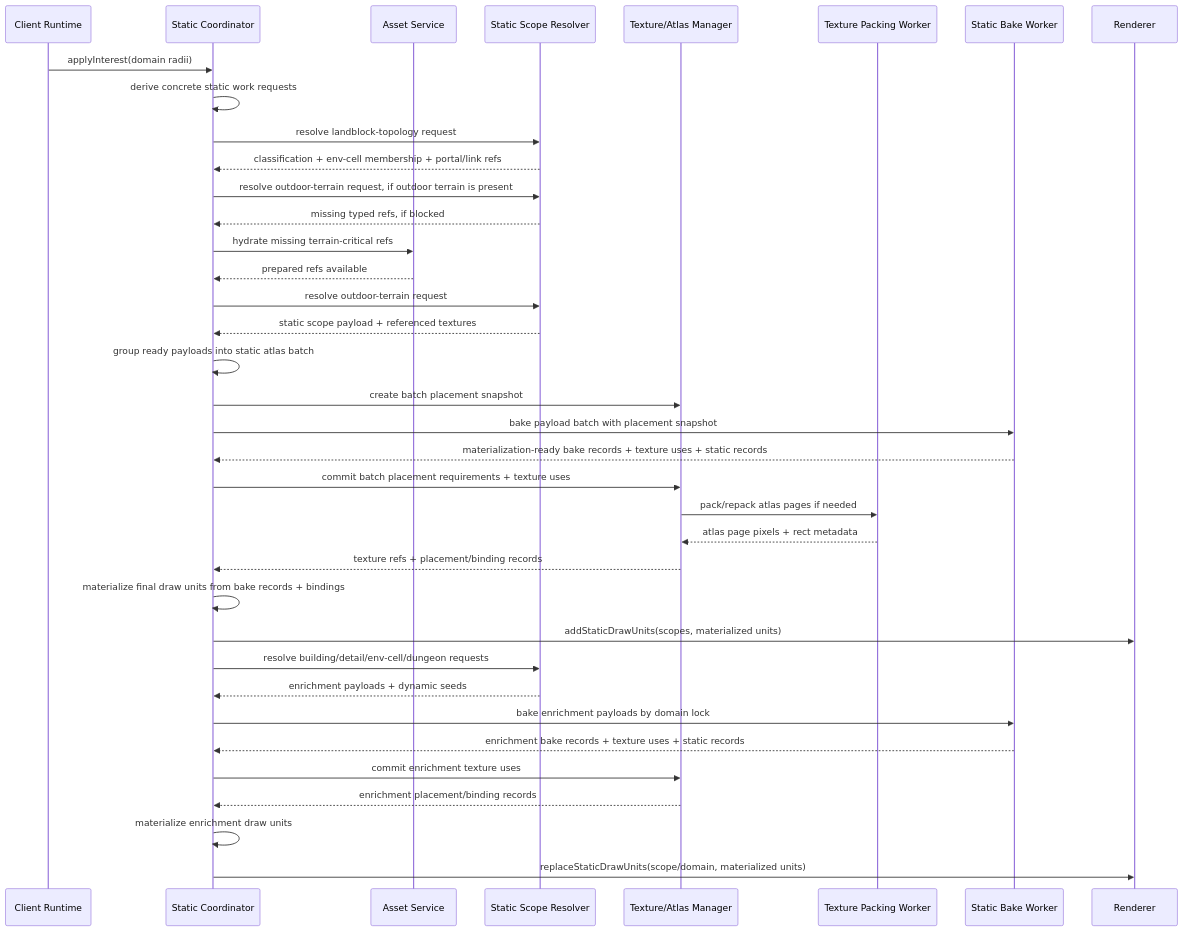
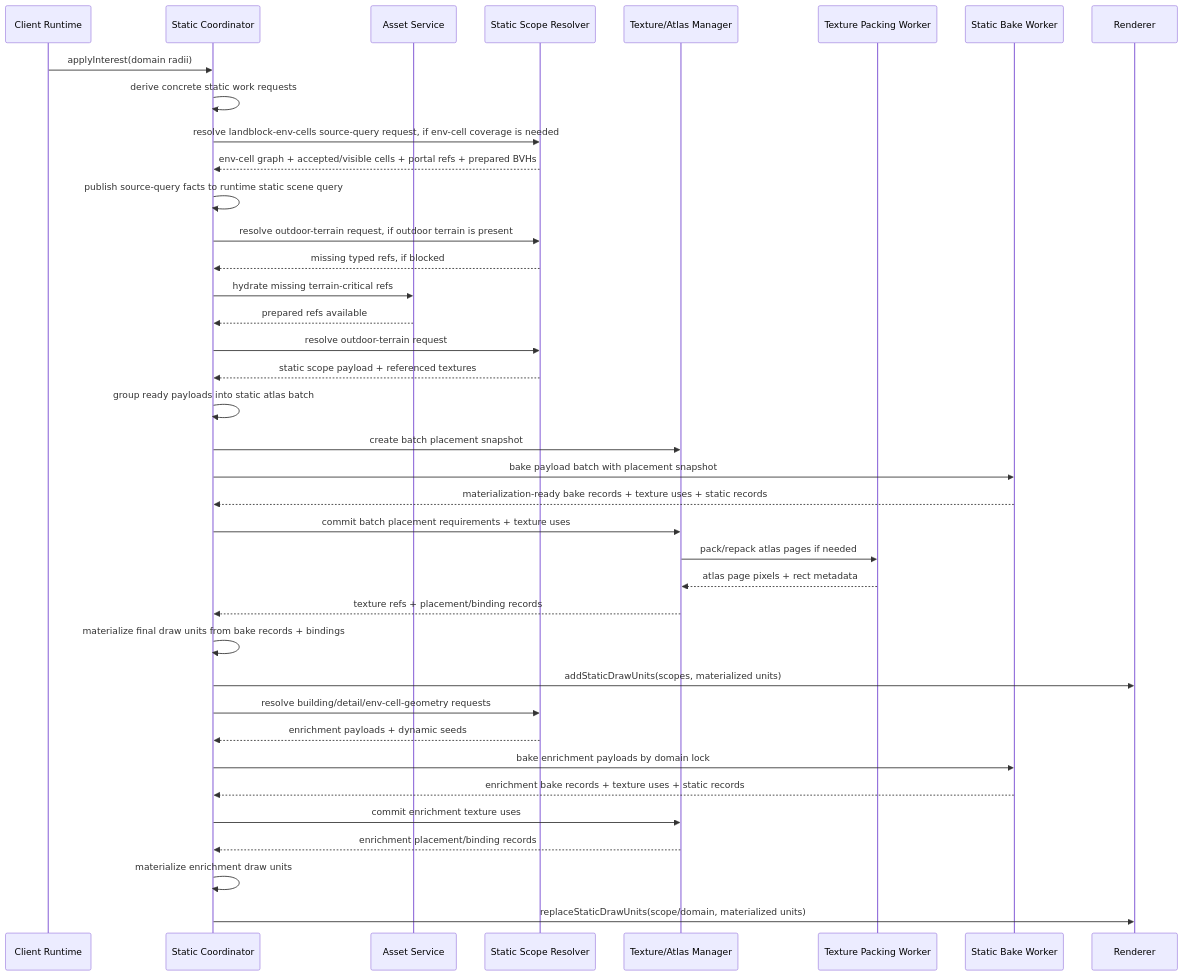
Before and after one commit to merklejerk/holtburger: the ninth of 22 diagrams in docs/plans/holtburger-3d-frontend-v2-design.md, drawn with Mermaid. The commit also changed other lines of this file and 12 other files, not shown here.

````diff
--- a/docs/plans/holtburger-3d-frontend-v2-design.md
+++ b/docs/plans/holtburger-3d-frontend-v2-design.md
@@ -742,40 +742,41 @@
 ```mermaid
 sequenceDiagram
   participant Runtime as Client Runtime
   participant Static as Static Coordinator
   participant Assets as Asset Service
   participant Resolver as Static Scope Resolver
   participant Textures as Texture/Atlas Manager
   participant Packer as Texture Packing Worker
   participant Baker as Static Bake Worker
   participant Renderer as Renderer
 
   Runtime->>Static: applyInterest(domain radii)
   Static->>Static: derive concrete static work requests
-  Static->>Resolver: resolve landblock-topology request
-  Resolver-->>Static: classification + env-cell membership + portal/link refs
+  Static->>Resolver: resolve landblock-env-cells source-query request, if env-cell coverage is needed
+  Resolver-->>Static: env-cell graph + accepted/visible cells + portal refs + prepared BVHs
+  Static->>Static: publish source-query facts to runtime static scene query
   Static->>Resolver: resolve outdoor-terrain request, if outdoor terrain is present
   Resolver-->>Static: missing typed refs, if blocked
   Static->>Assets: hydrate missing terrain-critical refs
   Assets-->>Static: prepared refs available
   Static->>Resolver: resolve outdoor-terrain request
   Resolver-->>Static: static scope payload + referenced textures
   Static->>Static: group ready payloads into static atlas batch
   Static->>Textures: create batch placement snapshot
   Static->>Baker: bake payload batch with placement snapshot
   Baker-->>Static: materialization-ready bake records + texture uses + static records
   Static->>Textures: commit batch placement requirements + texture uses
   Textures->>Packer: pack/repack atlas pages if needed
   Packer-->>Textures: atlas page pixels + rect metadata
   Textures-->>Static: texture refs + placement/binding records
   Static->>Static: materialize final draw units from bake records + bindings
   Static->>Renderer: addStaticDrawUnits(scopes, materialized units)
-  Static->>Resolver: resolve building/detail/env-cell/dungeon requests
+  Static->>Resolver: resolve building/detail/env-cell-geometry requests
   Resolver-->>Static: enrichment payloads + dynamic seeds
   Static->>Baker: bake enrichment payloads by domain lock
   Baker-->>Static: enrichment bake records + texture uses + static records
   Static->>Textures: commit enrichment texture uses
   Textures-->>Static: enrichment placement/binding records
   Static->>Static: materialize enrichment draw units
   Static->>Renderer: replaceStaticDrawUnits(scope/domain, materialized units)
 ```
````
